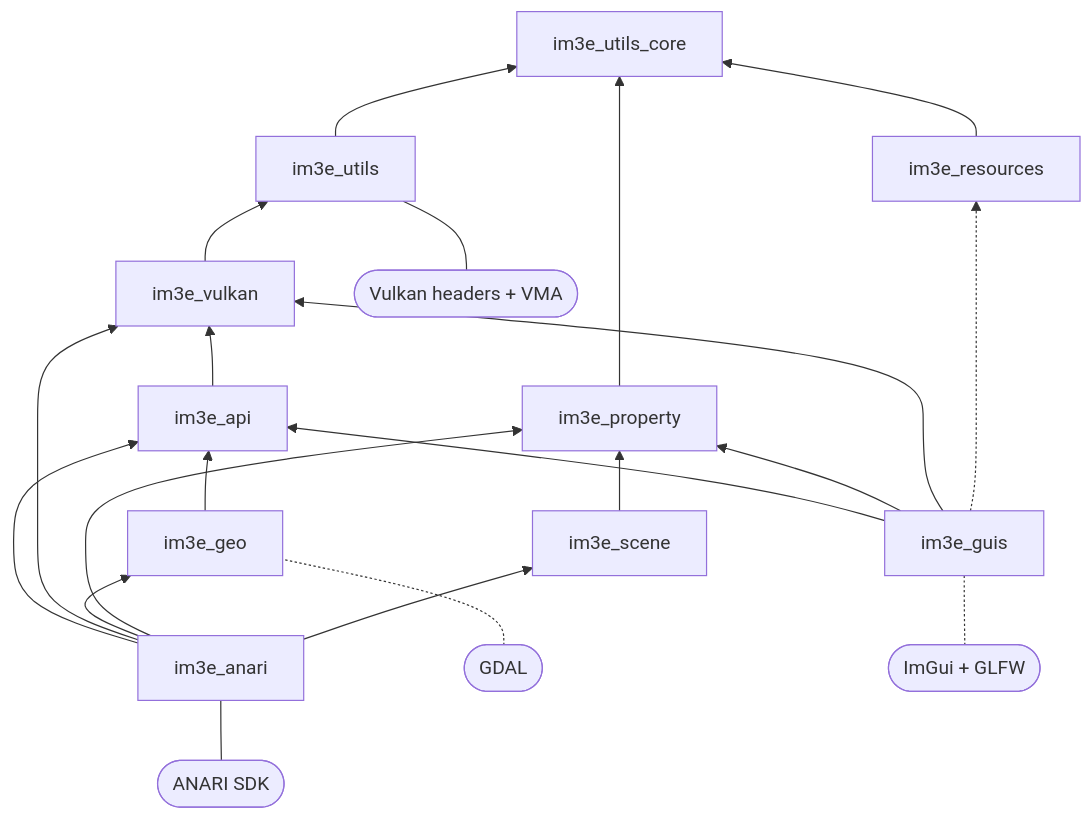
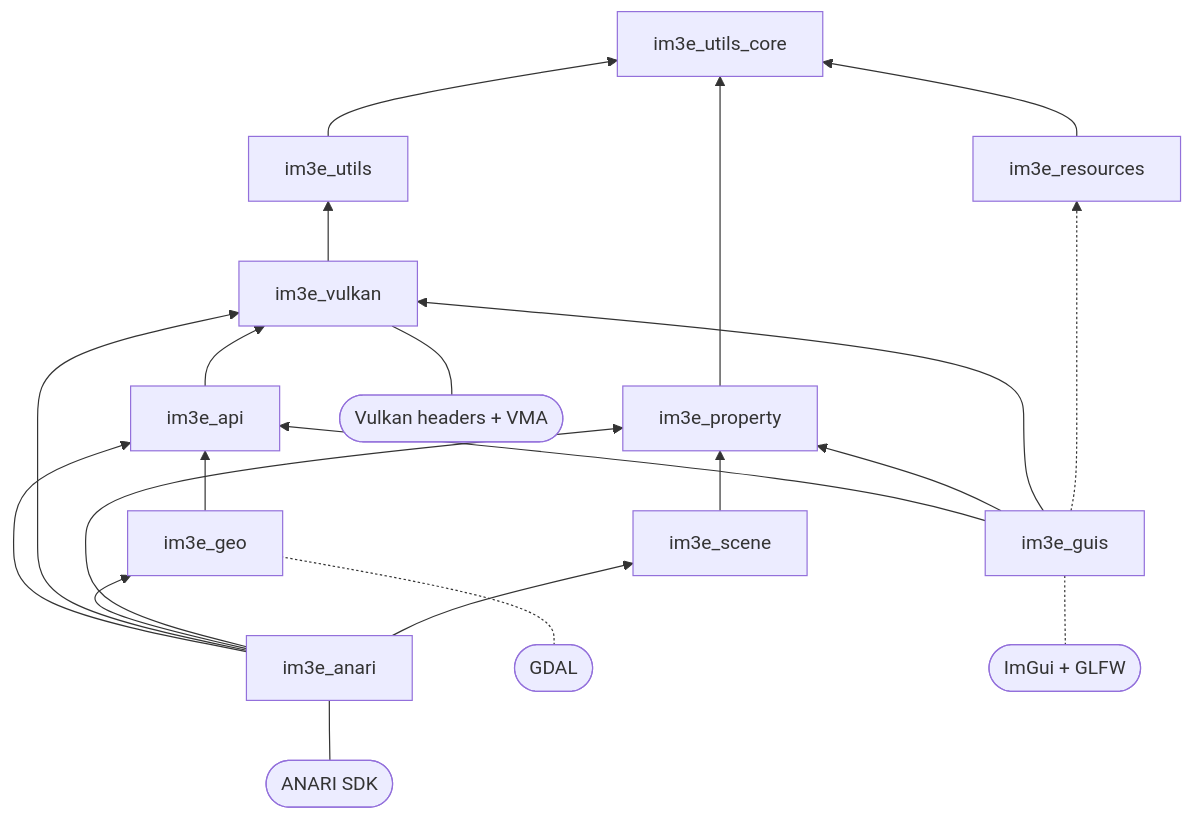
Before and after one commit to lmt-dev-inc/icymoon: the first of 2 diagrams in docs/architecture/index.md, drawn with Mermaid. The commit also changed other lines of this file and 21 other files, not shown here.

Commit message:
#105: Moved vk_utils to im3e_vulkan

````diff
--- a/docs/architecture/index.md
+++ b/docs/architecture/index.md
@@ -73,35 +73,35 @@
 ```mermaid
 flowchart BT
     core[im3e_utils_core]
     props[im3e_property]
     utils[im3e_utils]
     api[im3e_api]
     vulkan[im3e_vulkan]
     geo[im3e_geo]
     scene[im3e_scene]
     resources[im3e_resources]
     guis[im3e_guis]
     anari[im3e_anari]
 
     utils --> core
     props --> core
     resources --> core
     vulkan --> utils
     api --> vulkan
     geo --> api
     scene --> props
     guis --> api
     guis --> props
     guis --> vulkan
     guis -.-> resources
     anari --> api
     anari --> vulkan
     anari --> geo
     anari --> props
     anari --> scene
 
     gdal([GDAL]) -.- geo
     anarisdk([ANARI SDK]) --- anari
     imgui([ImGui + GLFW]) -.- guis
-    vk([Vulkan headers + VMA]) --- utils
+    vk([Vulkan headers + VMA]) --- vulkan
 ```
````
